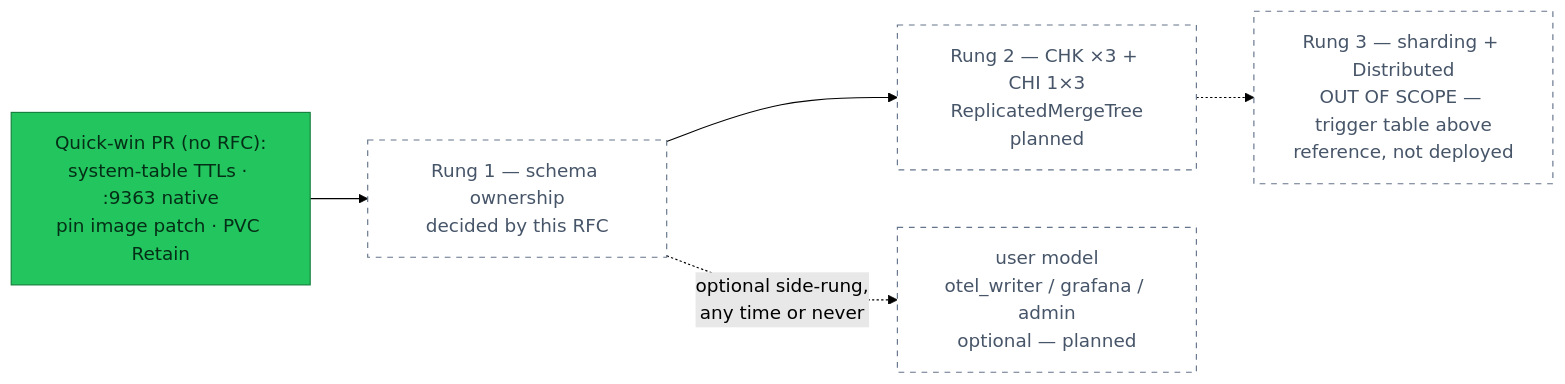
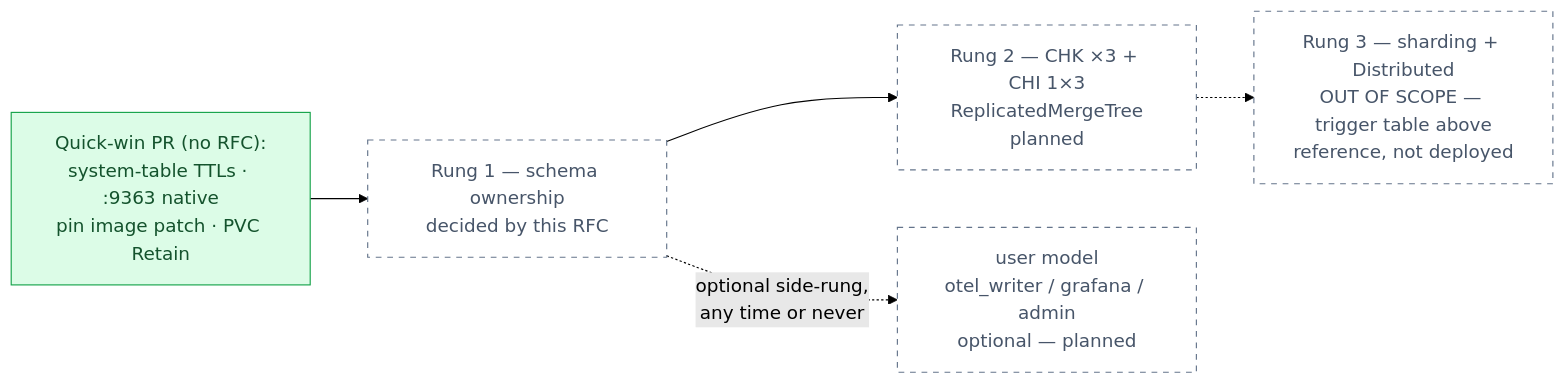
One commit to duynhlab/homelab changed the third of 3 diagrams in docs/proposals/rfc/RFC-0028/research.md. Above: the diagram before and after it, drawn with Mermaid (forest theme). The commit also changed other lines of this file and 174 other files, not shown here.

First line of the commit message:
Soft-tint diagram palette, a signal-flow diagram, a Linux-ready Draw.io skill

````diff
--- a/docs/proposals/rfc/RFC-0028/research.md
+++ b/docs/proposals/rfc/RFC-0028/research.md
@@ -297,9 +297,9 @@
 ```mermaid
 flowchart LR
   QW["Quick-win PR (no RFC):<br/>system-table TTLs · :9363 native<br/>pin image patch · PVC Retain"]:::data --> A
   A["Rung 1 — schema ownership<br/>decided by this RFC"]:::planned --> C["Rung 2 — CHK ×3 + CHI 1×3<br/>ReplicatedMergeTree<br/>planned"]:::planned
   A -.->|"optional side-rung,<br/>any time or never"| B["user model<br/>otel_writer / grafana / admin<br/>optional — planned"]:::planned
   C -.-> D["Rung 3 — sharding + Distributed<br/>OUT OF SCOPE — trigger table above<br/>reference, not deployed"]:::planned
-  classDef data fill:#22c55e,color:#052e16,stroke:#15803d;
+  classDef data fill:#dcfce7,color:#14532d,stroke:#16a34a;
   classDef planned fill:#fff,color:#475569,stroke:#64748b,stroke-dasharray:5 5;
 ```
````
